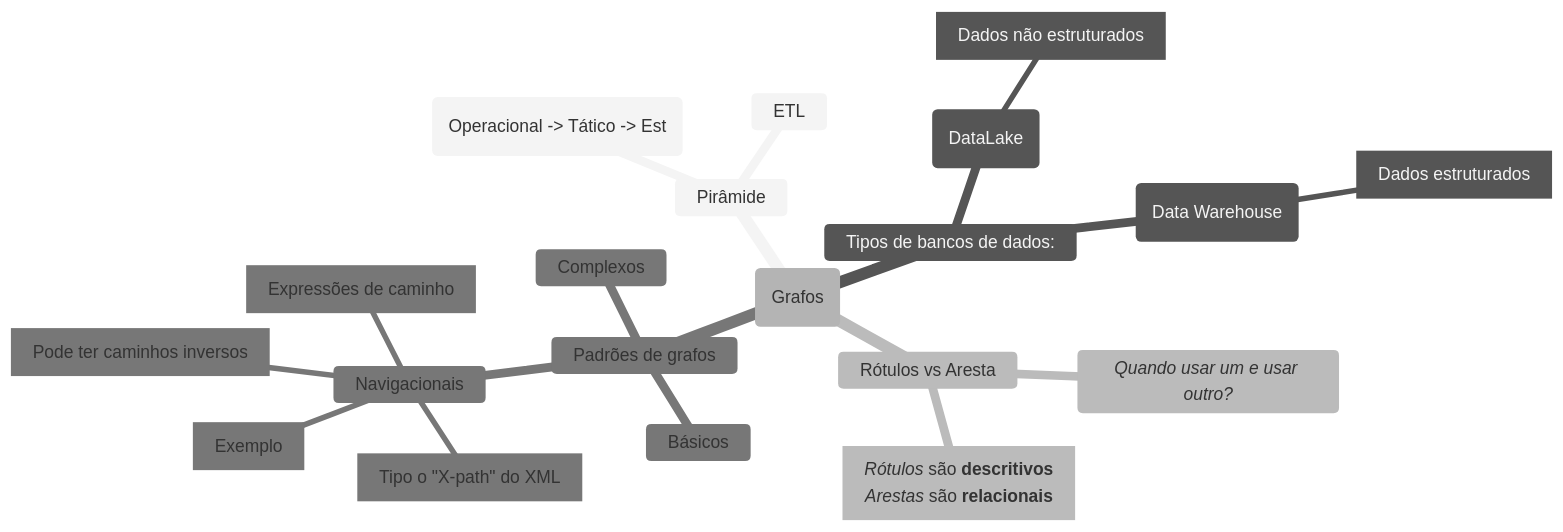
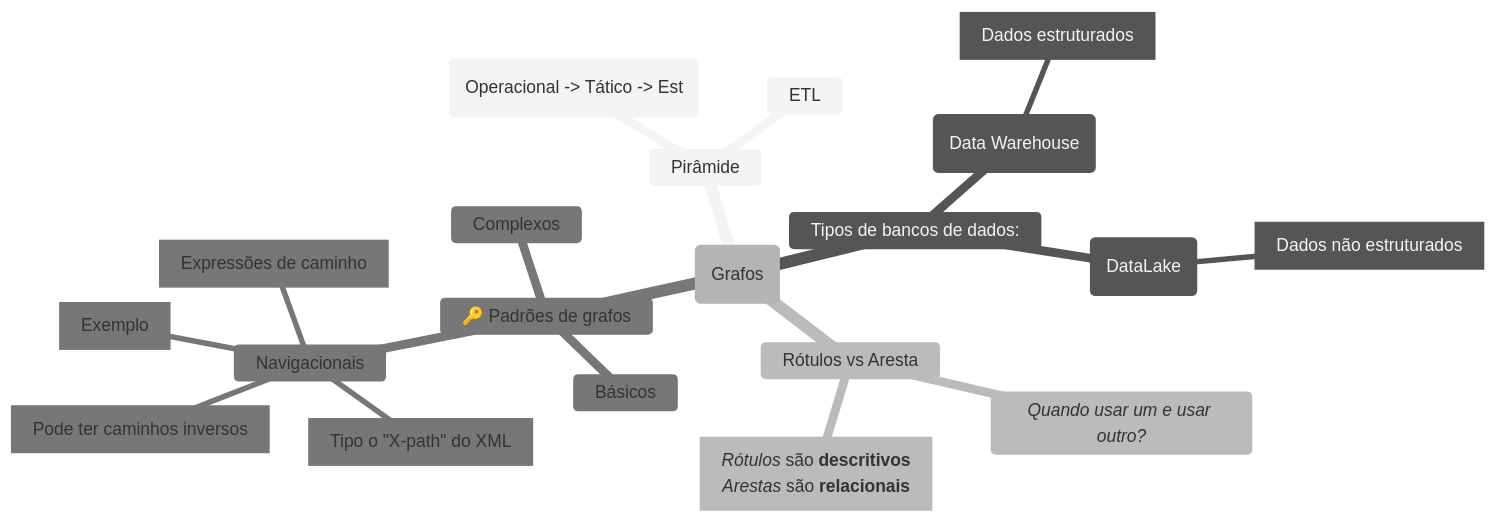
One commit to Igorino/joplin-notes changed the diagram in Mestrado/Segundo Semestre/SIN5033 - Grafos de conhecimento e Ontologias/Anotações/De Aulas/Aula do dia 2026 04 08.md. Above: the diagram before and after it, drawn with Mermaid (neutral theme).

Commit message:
Exported on 2026-04-08_15-53-51

````diff
--- a/Mestrado/Segundo Semestre/SIN5033 - Grafos de conhecimento e Ontologias/Anotações/De Aulas/Aula do dia 2026 04 08.md
+++ b/Mestrado/Segundo Semestre/SIN5033 - Grafos de conhecimento e Ontologias/Anotações/De Aulas/Aula do dia 2026 04 08.md
@@ -1,31 +1,30 @@
 ```mermaid
 mindmap
 	Root(Grafos)
 		Pirâmide
 			("Operacional -> Tático -> Est")
 			ETL
 
 		Tipos de bancos de dados:		
 			(DataLake)
 				[Dados não estruturados]
 			(Data Warehouse)
 				[Dados estruturados]
 
 		Rótulos vs Aresta
 			*Quando usar um e usar outro?*
 			[*Rótulos* são **descritivos**
 			*Arestas* são **relacionais**]
 
-		Padrões de grafos
+		🔑 Padrões de grafos
 			Básicos
 			Complexos
 			Navigacionais
 				[Tipo o "X-path" do XML]
 				["Expressões de caminho"]
 				[Pode ter caminhos inversos]
 				[Exemplo]
-				::icon(fa fa-book)
 
 
 			
 ```
````
